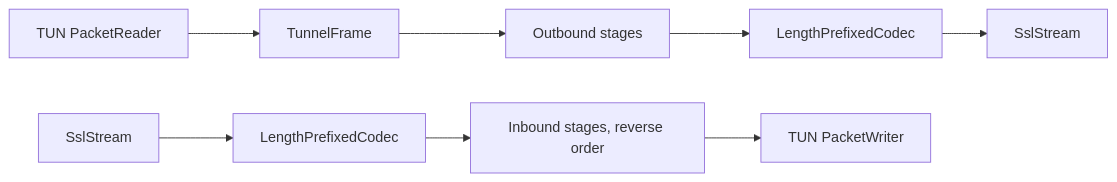
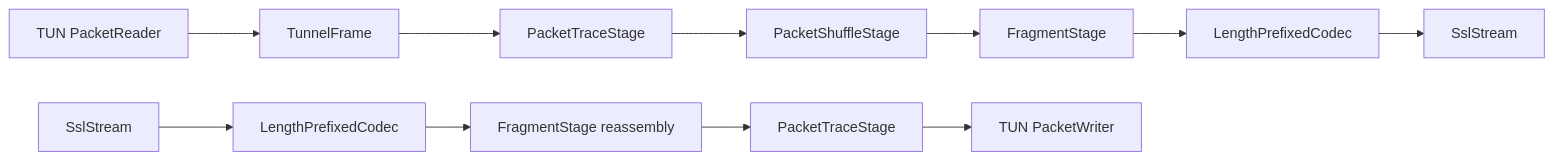
The third of 7 diagrams in ARCHITECTURE.md (podkolzzzin/VPNSample), drawn with Mermaid before and after one commit. The commit also changed other lines of this file and 18 other files, not shown here.

Commit message:
Add packet shuffling and frame splitting

````diff
--- a/ARCHITECTURE.md
+++ b/ARCHITECTURE.md
@@ -96,11 +98,14 @@
 ```mermaid
 flowchart LR
     TunRead[TUN PacketReader] --> Frame[TunnelFrame]
-    Frame --> Outbound[Outbound stages]
-    Outbound --> Codec[LengthPrefixedCodec]
+    Frame --> TraceOut[PacketTraceStage]
+    TraceOut --> Shuffle[PacketShuffleStage]
+    Shuffle --> Fragment[FragmentStage]
+    Fragment --> Codec[LengthPrefixedCodec]
     Codec --> TcpWrite[SslStream]
 
     TcpRead[SslStream] --> Decode[LengthPrefixedCodec]
-    Decode --> Inbound[Inbound stages, reverse order]
-    Inbound --> TunWrite[TUN PacketWriter]
+    Decode --> Reassemble[FragmentStage reassembly]
+    Reassemble --> TraceIn[PacketTraceStage]
+    TraceIn --> TunWrite[TUN PacketWriter]
 ```
````
